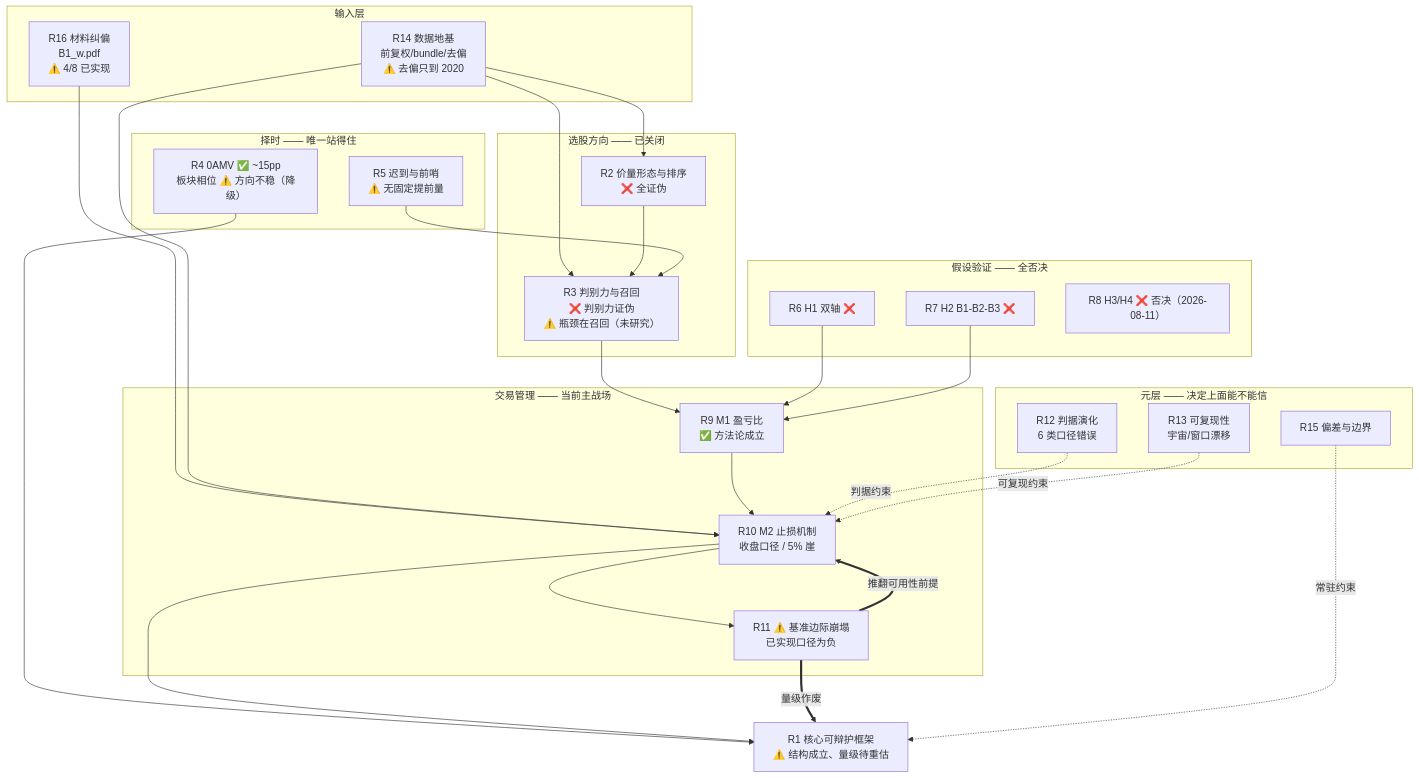
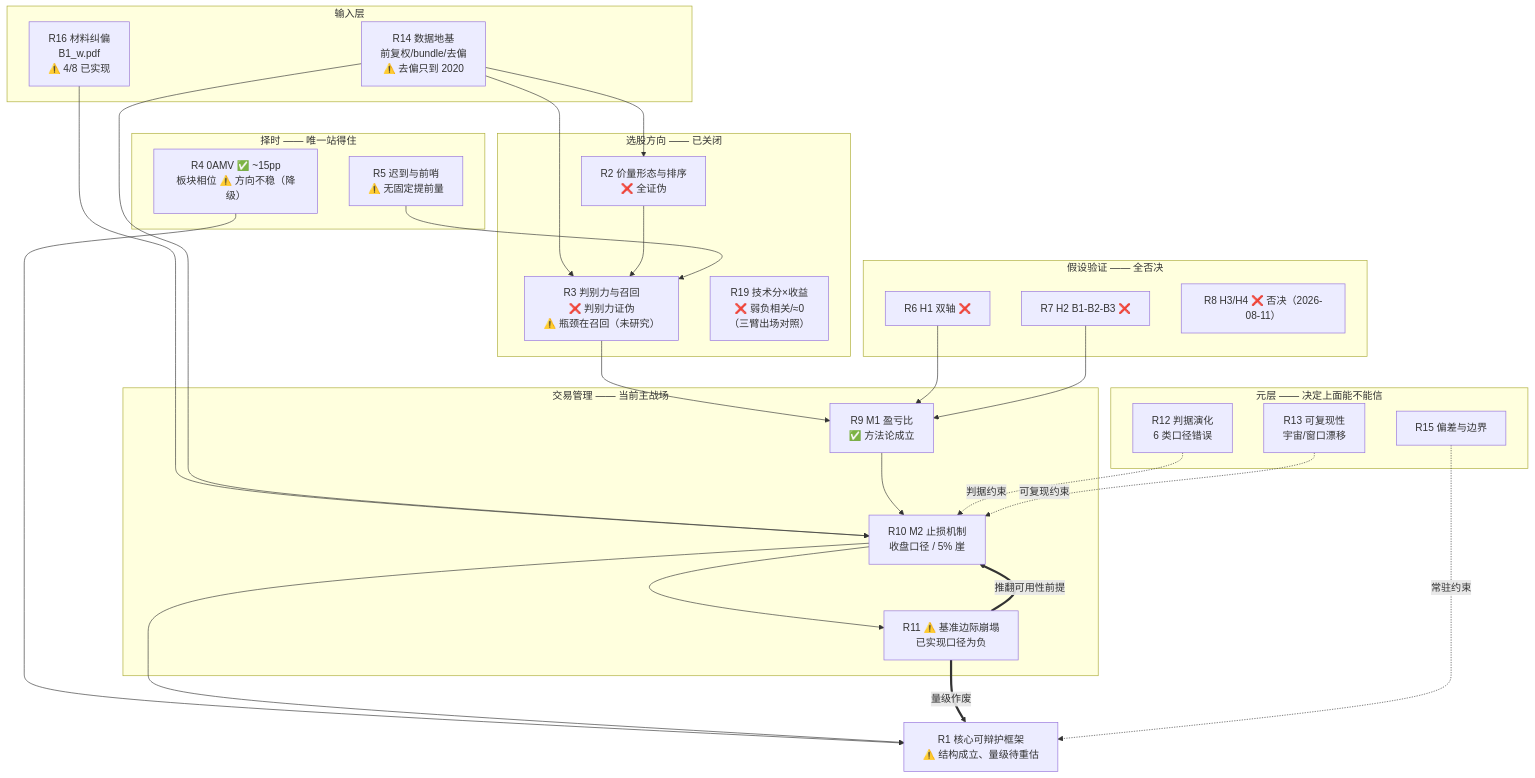
The diagram in governance/research/README.md (littleguohao/Custos), drawn with Mermaid before and after one commit. The commit also changed other lines of this file and 3 other files, not shown here.

````diff
--- a/governance/research/README.md
+++ b/governance/research/README.md
@@ -13,48 +13,49 @@
 ```mermaid
 flowchart TB
     subgraph IN["输入层"]
         R16["R16 材料纠偏<br/>B1_w.pdf<br/>⚠️ 4/8 已实现"]
         R14["R14 数据地基<br/>前复权/bundle/去偏<br/>⚠️ 去偏只到 2020"]
     end
     subgraph SEL["选股方向 —— 已关闭"]
         R2["R2 价量形态与排序<br/>❌ 全证伪"]
         R3["R3 判别力与召回<br/>❌ 判别力证伪<br/>⚠️ 瓶颈在召回（未研究）"]
+        R19["R19 技术分×收益<br/>❌ 弱负相关/≈0<br/>（三臂出场对照）"]
     end
     subgraph TIM["择时 —— 唯一站得住"]
         R4["R4 0AMV ✅ ~15pp<br/>板块相位 ⚠️ 方向不稳（降级）"]
         R5["R5 迟到与前哨<br/>⚠️ 无固定提前量"]
     end
     subgraph HYP["假设验证 —— 全否决"]
         R6["R6 H1 双轴 ❌"]
         R7["R7 H2 B1-B2-B3 ❌"]
         R8["R8 H3/H4 ❌ 否决（2026-08-11）"]
     end
     subgraph TRD["交易管理 —— 当前主战场"]
         R9["R9 M1 盈亏比<br/>✅ 方法论成立"]
         R10["R10 M2 止损机制<br/>收盘口径 / 5% 崖"]
         R11["R11 ⚠️ 基准边际崩塌<br/>已实现口径为负"]
     end
     subgraph META["元层 —— 决定上面能不能信"]
         R12["R12 判据演化<br/>6 类口径错误"]
         R13["R13 可复现性<br/>宇宙/窗口漂移"]
         R15["R15 偏差与边界"]
     end
     R1["R1 核心可辩护框架<br/>⚠️ 结构成立、量级待重估"]
 
     R16 --> R10
     R14 --> R2 & R3 & R10
     R2 --> R3
     R3 --> R9
     R6 --> R9
     R7 --> R9
     R9 --> R10
     R10 --> R11
     R12 -.判据约束.-> R10
     R13 -.可复现约束.-> R10
     R11 ==>|推翻可用性前提| R10
     R4 --> R1
     R10 --> R1
     R5 --> R3
     R11 ==>|量级作废| R1
     R15 -.常驻约束.-> R1
 ```
````
